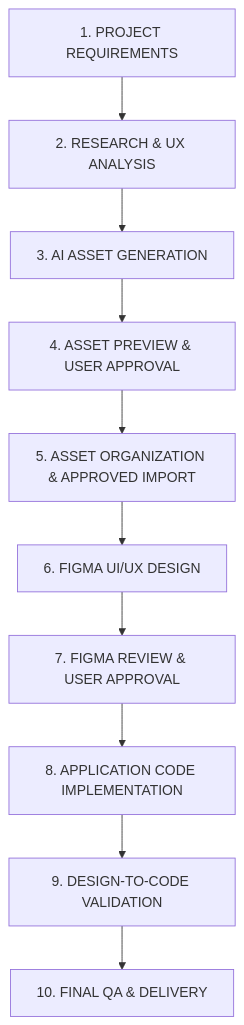
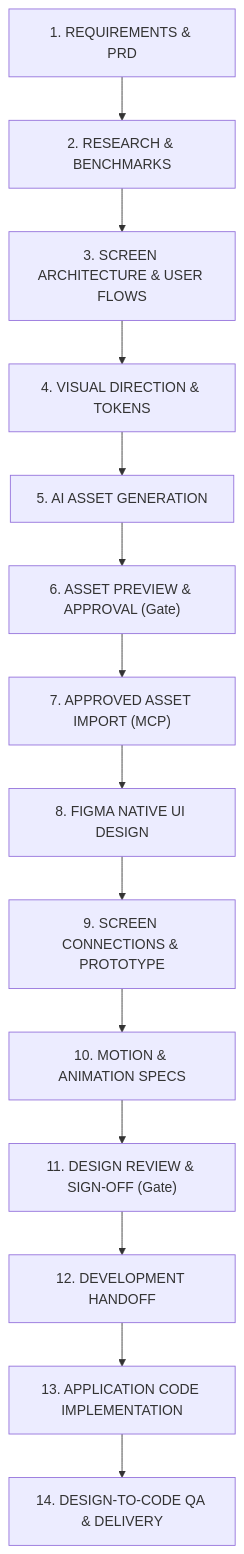
The diagram in AGENTS.md (rik9922/Figma), drawn with Mermaid before and after one commit. The commit also changed other lines of this file and 7 other files, not shown here.

Commit message:
feat(architecture): add high-end design quality standards, screen architecture protocol, and audit CLI

````diff
--- a/AGENTS.md
+++ b/AGENTS.md
@@ -19,12 +20,16 @@
 ```mermaid
 flowchart TD
-    S1["1. PROJECT REQUIREMENTS"] --> S2["2. RESEARCH & UX ANALYSIS"]
-    S2 --> S3["3. AI ASSET GENERATION"]
-    S3 --> S4["4. ASSET PREVIEW & USER APPROVAL"]
-    S4 --> S5["5. ASSET ORGANIZATION & APPROVED IMPORT"]
-    S5 --> S6["6. FIGMA UI/UX DESIGN"]
-    S6 --> S7["7. FIGMA REVIEW & USER APPROVAL"]
-    S7 --> S8["8. APPLICATION CODE IMPLEMENTATION"]
-    S8 --> S9["9. DESIGN-TO-CODE VALIDATION"]
-    S9 --> S10["10. FINAL QA & DELIVERY"]
+    S1["1. REQUIREMENTS & PRD"] --> S2["2. RESEARCH & BENCHMARKS"]
+    S2 --> S3["3. SCREEN ARCHITECTURE & USER FLOWS"]
+    S3 --> S4["4. VISUAL DIRECTION & TOKENS"]
+    S4 --> S5["5. AI ASSET GENERATION"]
+    S5 --> S6["6. ASSET PREVIEW & APPROVAL (Gate)"]
+    S6 --> S7["7. APPROVED ASSET IMPORT (MCP)"]
+    S7 --> S8["8. FIGMA NATIVE UI DESIGN"]
+    S8 --> S9["9. SCREEN CONNECTIONS & PROTOTYPE"]
+    S9 --> S10["10. MOTION & ANIMATION SPECS"]
+    S10 --> S11["11. DESIGN REVIEW & SIGN-OFF (Gate)"]
+    S11 --> S12["12. DEVELOPMENT HANDOFF"]
+    S12 --> S13["13. APPLICATION CODE IMPLEMENTATION"]
+    S13 --> S14["14. DESIGN-TO-CODE QA & DELIVERY"]
 ```
````
